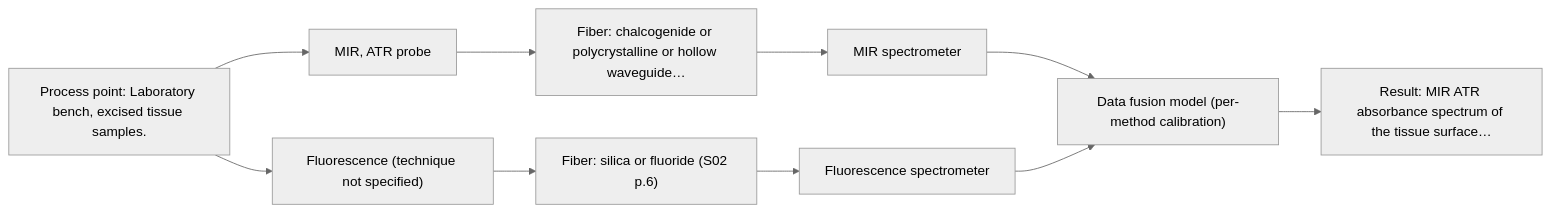
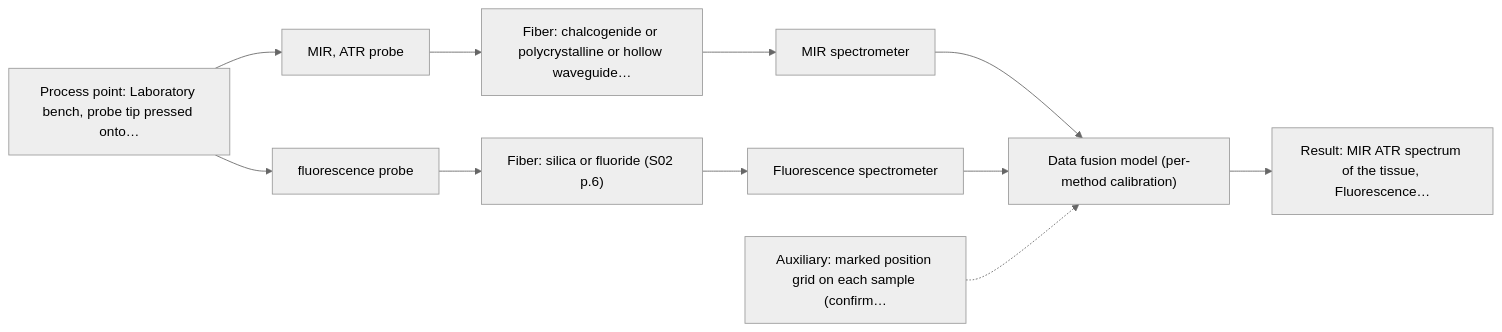
One commit to sleipnir029/Afs-Spectroscopy-Assistant changed the second of 2 diagrams in outputs/dev/D08.md. Above: the diagram before and after it, drawn with Mermaid (neutral theme). The commit also changed other lines of this file and 41 other files, not shown here.

````diff
--- a/outputs/dev/D08.md
+++ b/outputs/dev/D08.md
@@ -93,21 +97,23 @@
 ```mermaid
 flowchart LR
-    proc["Process point: Laboratory bench, excised tissue samples."]
+    proc["Process point: Laboratory bench, probe tip pressed onto…"]
     probe1["MIR, ATR probe"]
     fiber1["Fiber: chalcogenide or polycrystalline or hollow waveguide…"]
     spec1["MIR spectrometer"]
-    probe2["Fluorescence (technique not specified)"]
+    probe2["fluorescence probe"]
     fiber2["Fiber: silica or fluoride (S02 p.6)"]
     spec2["Fluorescence spectrometer"]
     model["Data fusion model (per-method calibration)"]
-    result["Result: MIR ATR absorbance spectrum of the tissue surface…"]
+    result["Result: MIR ATR spectrum of the tissue, Fluorescence…"]
+    aux1["Auxiliary: marked position grid on each sample (confirm…"]
     proc --> probe1
     probe1 --> fiber1
     fiber1 --> spec1
     spec1 --> model
     proc --> probe2
     probe2 --> fiber2
     fiber2 --> spec2
     spec2 --> model
     model --> result
+    aux1 -.-> model
 ```
````
